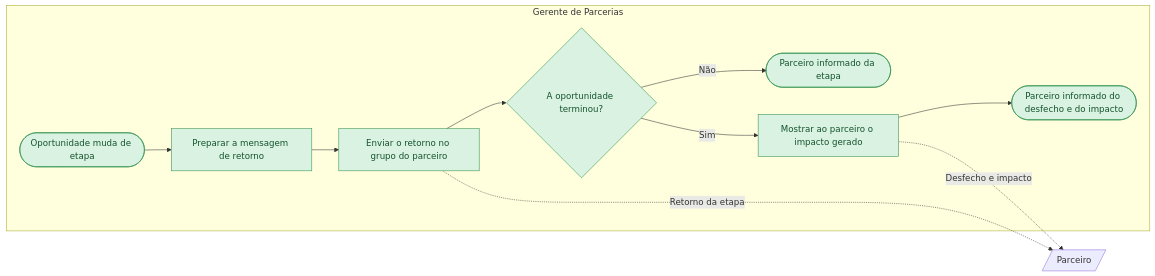
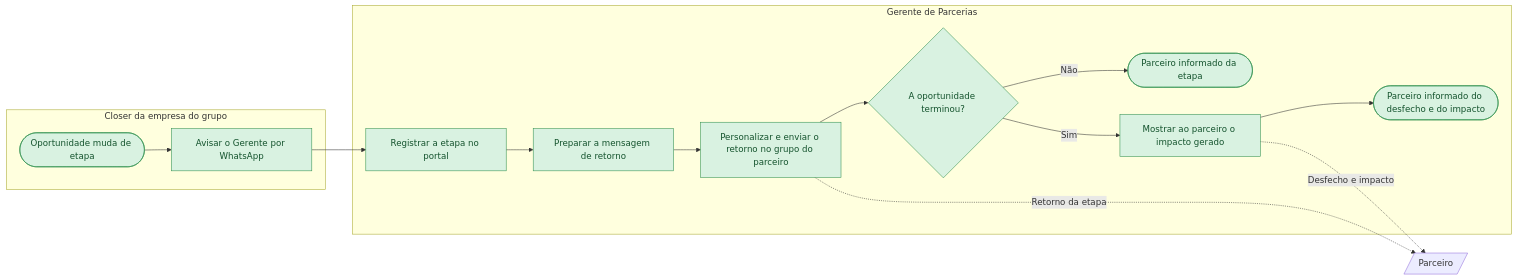
One commit to Guilherme-MFaccin/Wise-Partners changed the diagram in mapeamentos/wise-partners-to-be/saidas/mermaid/fluxo-6-3-fechar-o-ciclo-com-o-parceiro.mmd. Above: the diagram before and after it, drawn with Mermaid. The commit also changed 71 other files, not shown here.

```diff
--- a/mapeamentos/wise-partners-to-be/saidas/mermaid/fluxo-6-3-fechar-o-ciclo-com-o-parceiro.mmd
+++ b/mapeamentos/wise-partners-to-be/saidas/mermaid/fluxo-6-3-fechar-o-ciclo-com-o-parceiro.mmd
@@ -1,23 +1,29 @@
 flowchart LR
     classDef confirmado fill:#D9F2E1,stroke:#2F8F4E,color:#14532D
     classDef declarado fill:#FFF3C4,stroke:#B8860B,color:#5C4300
     classDef hipotese fill:#FFFFFF,stroke:#8A9099,color:#3F4650,stroke-dasharray: 5 5
     classDef contestado fill:#FDE2E1,stroke:#C53030,color:#7F1D1D
+    subgraph raia_PA_03 ["Closer da empresa do grupo"]
+      n_i1(["Oportunidade muda de etapa"]):::confirmado
+      n_t0["Avisar o Gerente por WhatsApp"]:::confirmado
+    end
     subgraph raia_PA_01 ["Gerente de Parcerias"]
-      n_i1(["Oportunidade muda de etapa"]):::confirmado
-      n_t1["Preparar a mensagem de retorno"]:::confirmado
-      n_t2["Enviar o retorno no grupo do parceiro"]:::confirmado
+      n_t1["Registrar a etapa no portal"]:::confirmado
+      n_t2["Preparar a mensagem de retorno"]:::confirmado
+      n_t3["Personalizar e enviar o retorno no grupo do parceiro"]:::confirmado
       n_g1{"A oportunidade terminou?"}:::confirmado
-      n_t3["Mostrar ao parceiro o impacto gerado"]:::confirmado
+      n_t4["Mostrar ao parceiro o impacto gerado"]:::confirmado
       n_f1(["Parceiro informado da etapa"]):::confirmado
       n_f2(["Parceiro informado do desfecho e do impacto"]):::confirmado
     end
     ext_X1[/"Parceiro"/]
-    n_i1 --> n_t1
+    n_i1 --> n_t0
+    n_t0 --> n_t1
     n_t1 --> n_t2
-    n_t2 --> n_g1
+    n_t2 --> n_t3
+    n_t3 --> n_g1
     n_g1 -->|Não| n_f1
-    n_g1 -->|Sim| n_t3
-    n_t3 --> n_f2
-    n_t2 -.->|Retorno da etapa| ext_X1
-    n_t3 -.->|Desfecho e impacto| ext_X1
+    n_g1 -->|Sim| n_t4
+    n_t4 --> n_f2
+    n_t3 -.->|Retorno da etapa| ext_X1
+    n_t4 -.->|Desfecho e impacto| ext_X1
```
